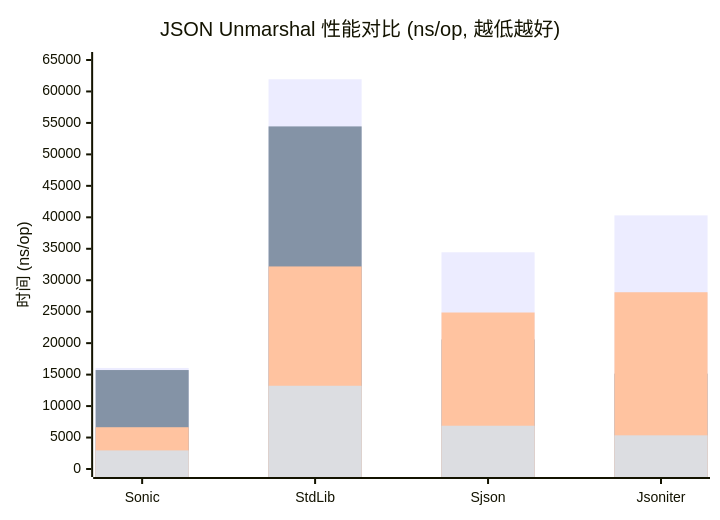
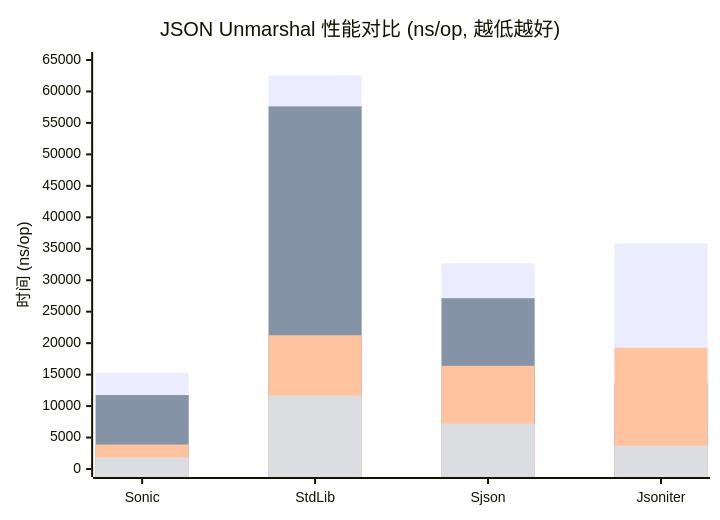
Before and after one commit to linkxzhou/sjson: the second of 6 diagrams in README.md, drawn with Mermaid. The commit also changed other lines of this file and 2 other files, not shown here.

````diff
--- a/README.md
+++ b/README.md
@@ -284,10 +284,10 @@
 ```mermaid
 xychart-beta
     title "JSON Unmarshal 性能对比 (ns/op, 越低越好)"
     x-axis ["Sonic", "StdLib", "Sjson", "Jsoniter"]
     y-axis "时间 (ns/op)" 0 --> 65000
-    bar "Generic" [16059, 61936, 34443, 40309]
-    bar "Binding" [15726, 54445, 20594, 15157]
-    bar "Parallel Generic" [6640, 32191, 24871, 28092]
-    bar "Parallel Binding" [2954, 13227, 6875, 5351]
+    bar "Generic" [15320, 62567, 32703, 35866]
+    bar "Binding" [11745, 57627, 27140, 13642]
+    bar "Parallel Generic" [3888, 21260, 16400, 19266]
+    bar "Parallel Binding" [1805, 11681, 7238, 3702]
 ```
````
